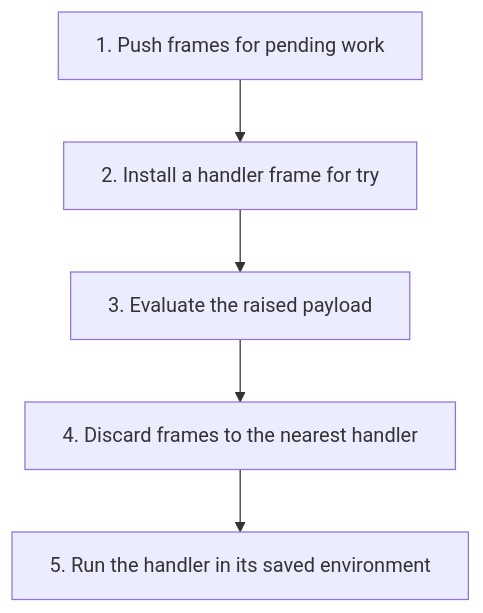
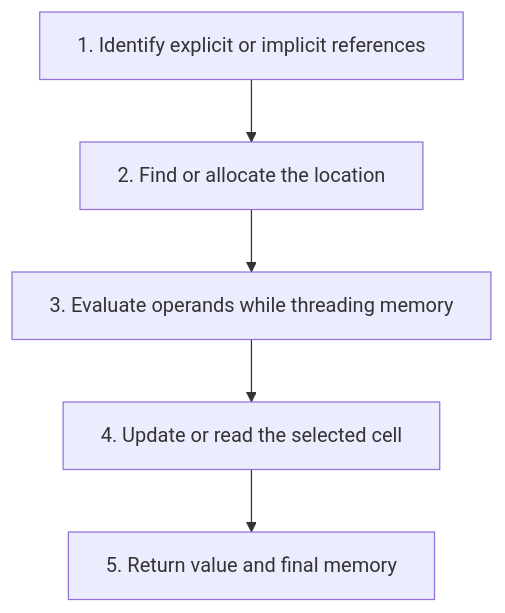
The diagram in dist/assets/diagrams/textbook-06-4.mmd (S0lluxx26/Programming_language_book_analyze), drawn with Mermaid before and after one commit. The commit also changed 106 other files, not shown here.

```diff
--- a/dist/assets/diagrams/textbook-06-4.mmd
+++ b/dist/assets/diagrams/textbook-06-4.mmd
@@ -1,13 +1,13 @@
 %%{init: {"flowchart": {"wrappingWidth": 600}}}%%
 flowchart TD
-  accTitle: Lecture 10 reasoning route
-  accDescr: Numbered stages for applying exceptions and continuations.
-  N0["1. Push frames for pending work"]
-  N1["2. Install a handler frame for try"]
+  accTitle: Lecture 8 reasoning route
+  accDescr: Numbered stages for applying state and parameter passing.
+  N0["1. Identify explicit or implicit references"]
+  N1["2. Find or allocate the location"]
   N0 --> N1
-  N2["3. Evaluate the raised payload"]
+  N2["3. Evaluate operands while threading memory"]
   N1 --> N2
-  N3["4. Discard frames to the nearest handler"]
+  N3["4. Update or read the selected cell"]
   N2 --> N3
-  N4["5. Run the handler in its saved environment"]
+  N4["5. Return value and final memory"]
   N3 --> N4
```
